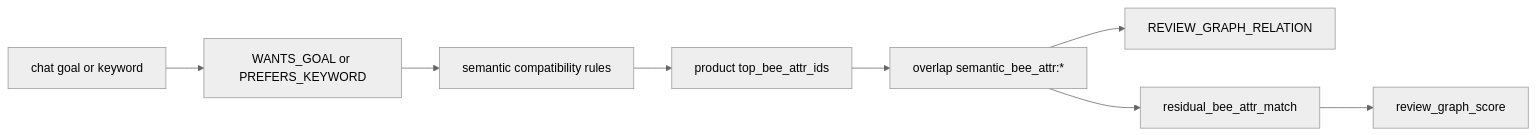
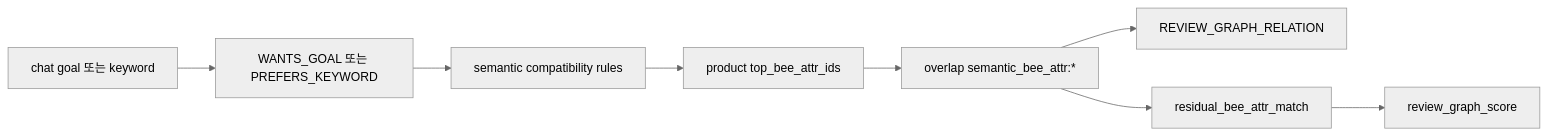
Before and after one commit to moreHS/GraphRapping: the eighth of 10 diagrams in docs/architecture/recommendation_signal_flow_2026_06_23.md, drawn with Mermaid (neutral theme). The commit also changed other lines of this file, not shown here.

Commit message:
docs: localize recommendation signal flow

````diff
--- a/docs/architecture/recommendation_signal_flow_2026_06_23.md
+++ b/docs/architecture/recommendation_signal_flow_2026_06_23.md
@@ -249,10 +251,10 @@
 ```mermaid
 flowchart LR
-    A["chat goal or keyword"] --> B["WANTS_GOAL or PREFERS_KEYWORD"]
+    A["chat goal 또는 keyword"] --> B["WANTS_GOAL 또는 PREFERS_KEYWORD"]
     B --> C["semantic compatibility rules"]
     C --> D["product top_bee_attr_ids"]
     D --> E["overlap semantic_bee_attr:*"]
     E --> F["REVIEW_GRAPH_RELATION"]
     E --> G["residual_bee_attr_match"]
     G --> H["review_graph_score"]
 ```
````
